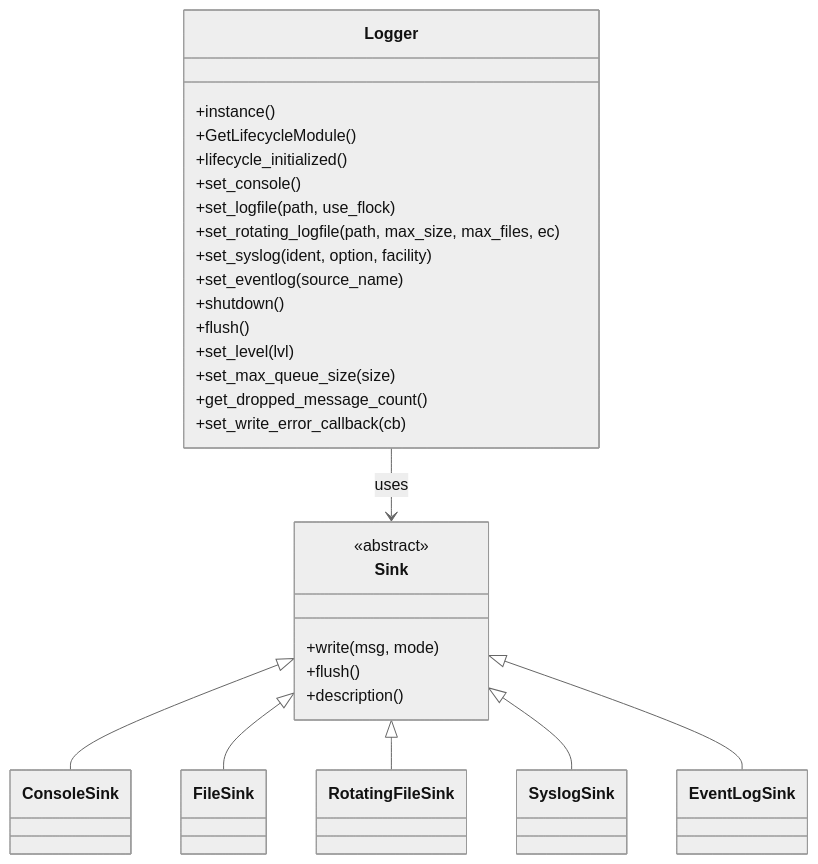
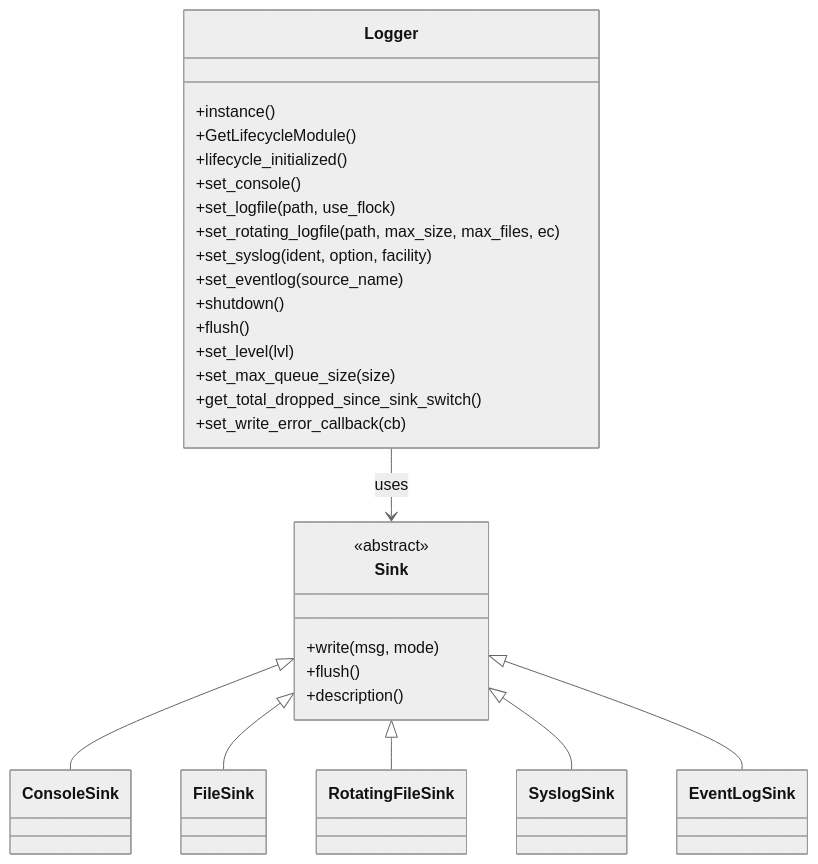
One commit to Qing-LAB/pylabhub changed the second of 6 diagrams in cpp/docs/hep/hep-core-0004-async-logger.md. Above: the diagram before and after it, drawn with Mermaid (neutral theme). The commit also changed other lines of this file and 69 other files, not shown here.

````diff
--- a/cpp/docs/hep/hep-core-0004-async-logger.md
+++ b/cpp/docs/hep/hep-core-0004-async-logger.md
@@ -134,37 +134,37 @@
 ```mermaid
 classDiagram
     class Logger {
         +instance()
         +GetLifecycleModule()
         +lifecycle_initialized()
         +set_console()
         +set_logfile(path, use_flock)
         +set_rotating_logfile(path, max_size, max_files, ec)
         +set_syslog(ident, option, facility)
         +set_eventlog(source_name)
         +shutdown()
         +flush()
         +set_level(lvl)
         +set_max_queue_size(size)
-        +get_dropped_message_count()
+        +get_total_dropped_since_sink_switch()
         +set_write_error_callback(cb)
     }
     class Sink {
         <<abstract>>
         +write(msg, mode)
         +flush()
         +description()
     }
     class ConsoleSink
     class FileSink
     class RotatingFileSink
     class SyslogSink
     class EventLogSink
 
     Logger --> Sink : uses
     Sink <|-- ConsoleSink
     Sink <|-- FileSink
     Sink <|-- RotatingFileSink
     Sink <|-- SyslogSink
     Sink <|-- EventLogSink
 ```
````
